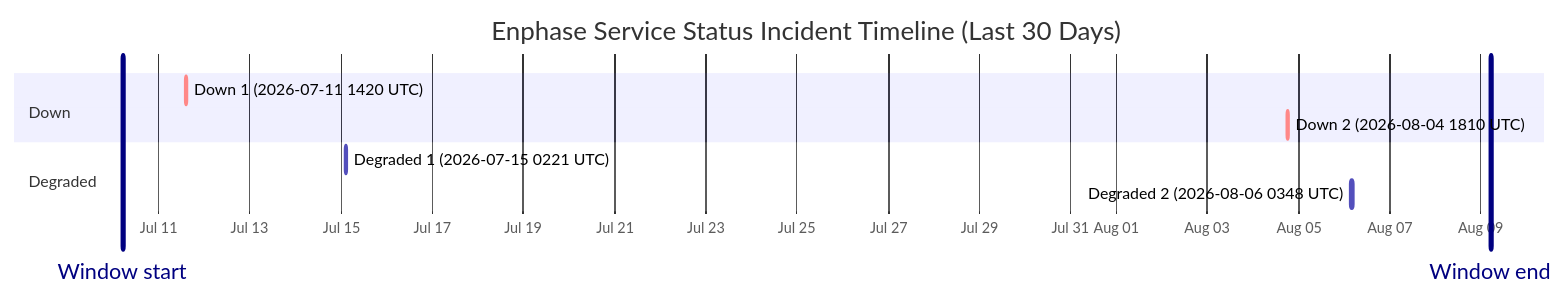
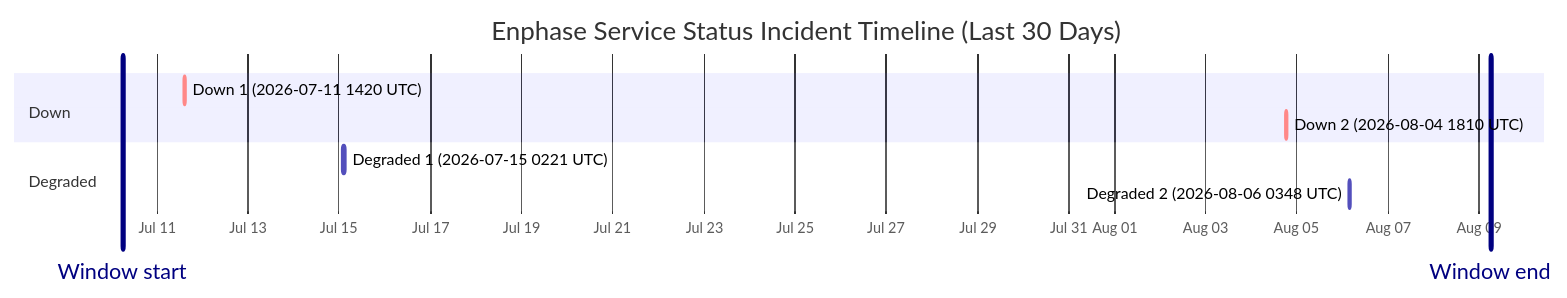
One commit to barneyonline/ha-enphase-energy changed the diagram in wiki/Service-Status-History.md. Above: the diagram before and after it, drawn with Mermaid. The commit also changed other lines of this file and 3 other files, not shown here.

````diff
--- a/wiki/Service-Status-History.md
+++ b/wiki/Service-Status-History.md
@@ -14,14 +14,14 @@
 ```mermaid
 gantt
     title Enphase Service Status Incident Timeline (Last 30 Days)
     dateFormat  YYYY-MM-DDTHH:mm:ss
     axisFormat  %b %d
-    Window start :vert, window-start, 2026-07-10T05:02:43, 0ms
-    Window end :vert, window-end, 2026-08-09T05:02:43, 0ms
+    Window start :vert, window-start, 2026-07-10T06:06:52, 0ms
+    Window end :vert, window-end, 2026-08-09T06:06:52, 0ms
     section Down
     Down 1 (2026-07-11 1420 UTC) :crit, down-1, 2026-07-11T14:20:54, 69m
     Down 2 (2026-08-04 1810 UTC) :crit, down-2, 2026-08-04T18:10:46, 60m
     section Degraded
     Degraded 1 (2026-07-15 0221 UTC) :active, degraded-1, 2026-07-15T02:21:35, 60m
     Degraded 2 (2026-08-06 0348 UTC) :active, degraded-2, 2026-08-06T03:48:14, 60m
 ```
````
